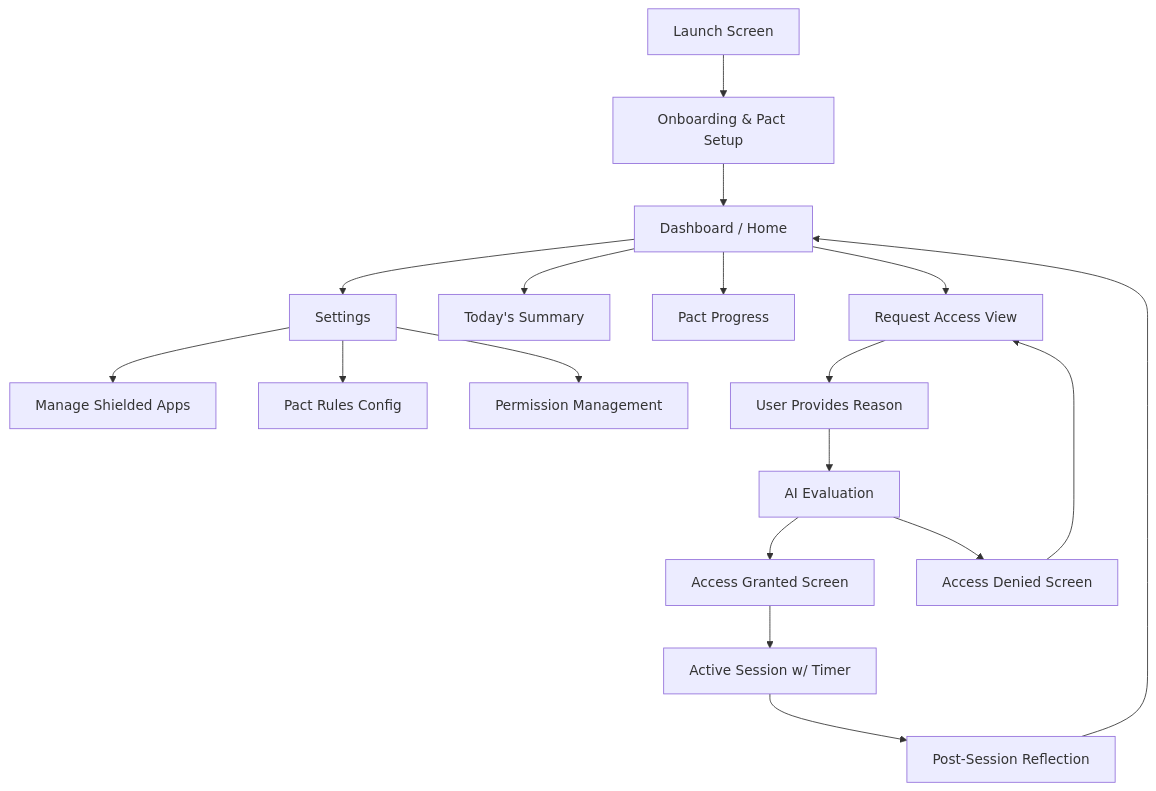
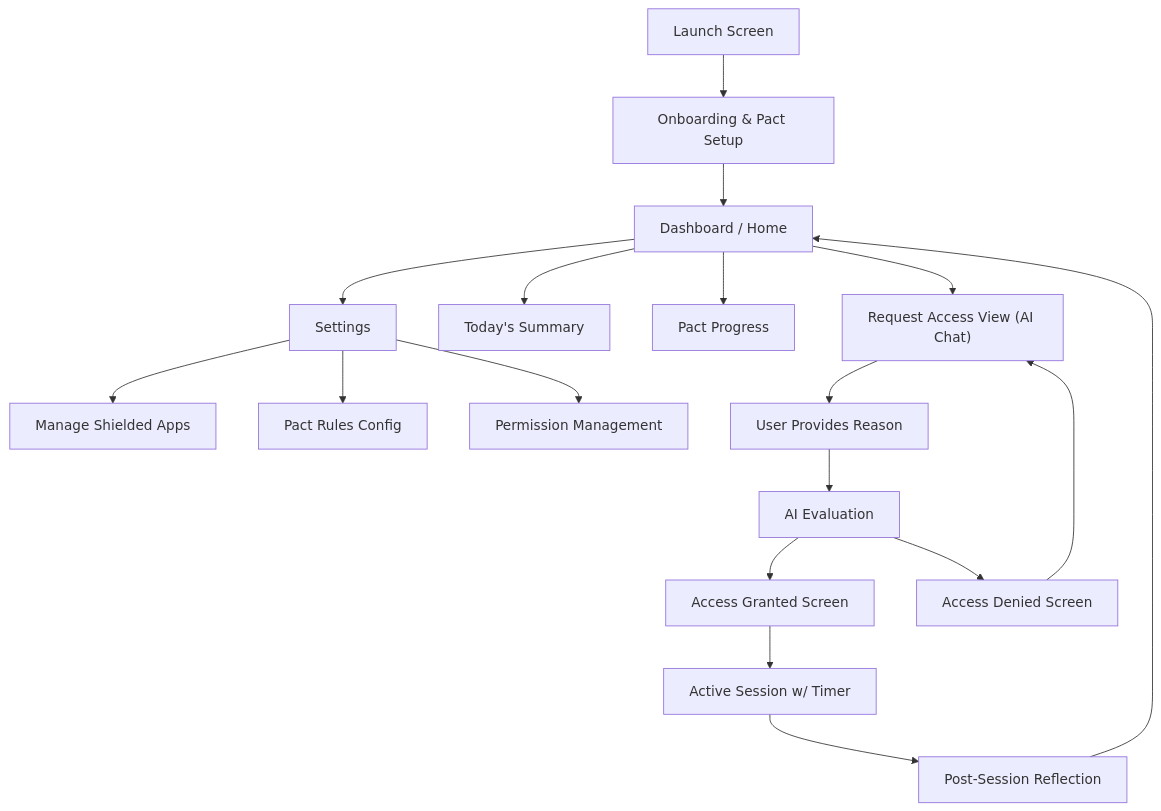
The first of 5 diagrams in blueprints/02_flows.md (CyberHoward/ScreenBreak), drawn with Mermaid before and after one commit. The commit also changed other lines of this file and 23 other files, not shown here.

````diff
--- a/blueprints/02_flows.md
+++ b/blueprints/02_flows.md
@@ -32,51 +32,51 @@
 ```mermaid
 graph TD
     %% Nodes
     Launch[Launch Screen]
     Onboarding[Onboarding & Pact Setup]
     
     %% Main Views
     Dashboard[Dashboard / Home]
     Settings[Settings]
     
     %% Dashboard Sub-views
     TodaySummary[Today's Summary]
     PactProgress[Pact Progress]
     
     %% Settings Screens
     ShieldedApps[Manage Shielded Apps]
     PactRules[Pact Rules Config]
     Permissions[Permission Management]
     
     %% AI Gatekeeper (Intervention Flow)
-    RequestAccess[Request Access View]
+    RequestAccess["Request Access View (AI Chat)"]
     ReasonInput[User Provides Reason]
     AIEvaluation[AI Evaluation]
     AllowedScreen[Access Granted Screen]
     DeniedScreen[Access Denied Screen]
     SessionTimer[Active Session w/ Timer]
     MicroReflection[Post-Session Reflection]
 
     %% Connections
     Launch --> Onboarding
     Onboarding --> Dashboard
     
     Dashboard --> TodaySummary
     Dashboard --> PactProgress
     Dashboard --> RequestAccess
     Dashboard --> Settings
     
     Settings --> ShieldedApps
     Settings --> PactRules
     Settings --> Permissions
     
     %% Gatekeeper Flow (user-initiated from Dashboard or when blocked)
     RequestAccess --> ReasonInput
     ReasonInput --> AIEvaluation
     AIEvaluation --> AllowedScreen
     AIEvaluation --> DeniedScreen
     AllowedScreen --> SessionTimer
     SessionTimer --> MicroReflection
     MicroReflection --> Dashboard
     DeniedScreen --> RequestAccess
 ```
````
